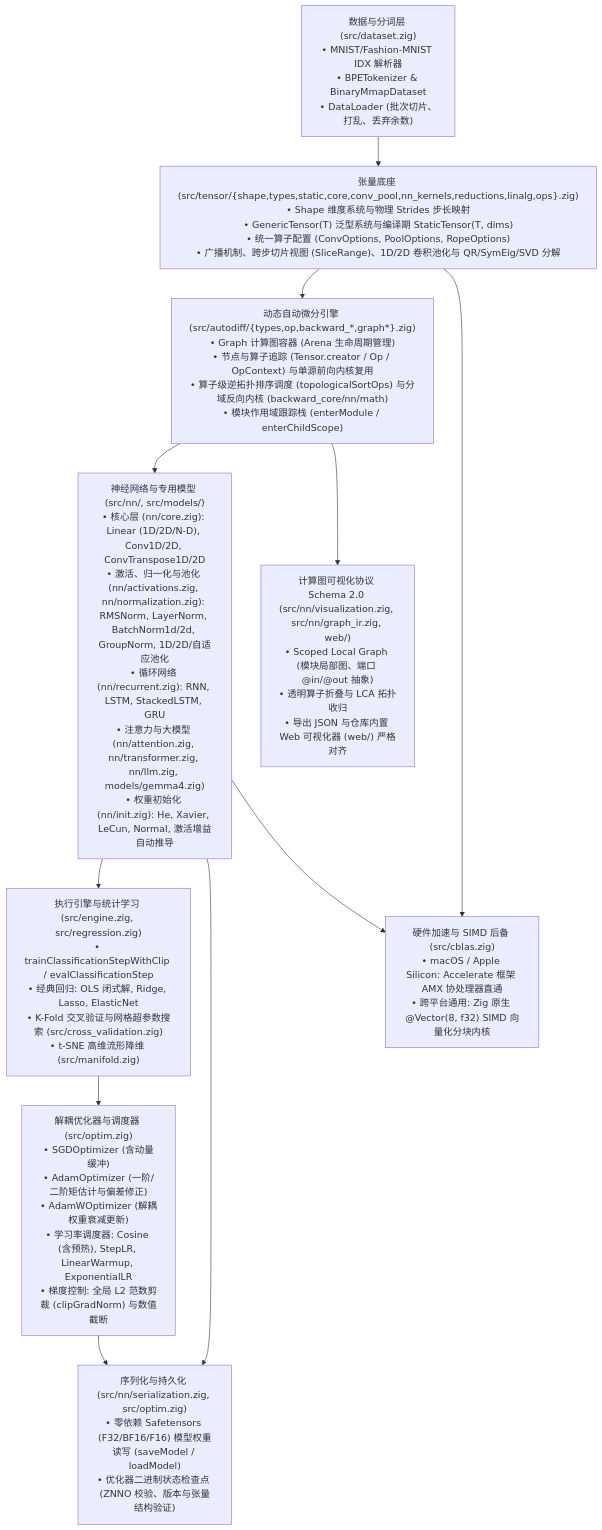
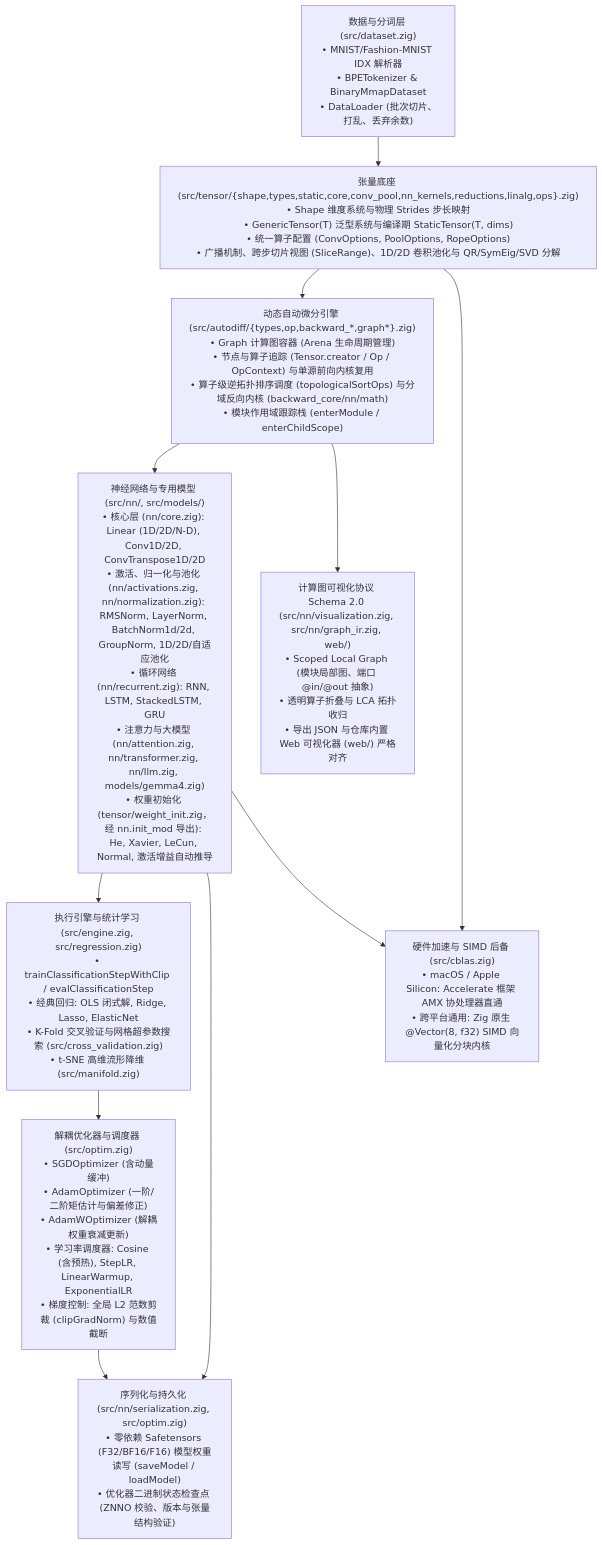
The first of 3 diagrams in doc/architecture.md (chen-gz/znn), drawn with Mermaid before and after one commit. The commit also changed other lines of this file and 39 other files, not shown here.

````diff
--- a/doc/architecture.md
+++ b/doc/architecture.md
@@ -74,31 +75,31 @@
 ```mermaid
 flowchart TD
     Dataset["数据与分词层 (src/dataset.zig)\n• MNIST/Fashion-MNIST IDX 解析器\n• BPETokenizer & BinaryMmapDataset\n• DataLoader (批次切片、打乱、丢弃余数)"]
     
     TensorCore["张量底座 (src/tensor/{shape,types,static,core,conv_pool,nn_kernels,reductions,linalg,ops}.zig)\n• Shape 维度系统与物理 Strides 步长映射\n• GenericTensor(T) 泛型系统与编译期 StaticTensor(T, dims)\n• 统一算子配置 (ConvOptions, PoolOptions, RopeOptions)\n• 广播机制、跨步切片视图 (SliceRange)、1D/2D 卷积池化与 QR/SymEig/SVD 分解"]
     
     Autodiff["动态自动微分引擎 (src/autodiff/{types,op,backward_*,graph*}.zig)\n• Graph 计算图容器 (Arena 生命周期管理)\n• 节点与算子追踪 (Tensor.creator / Op / OpContext) 与单源前向内核复用\n• 算子级逆拓扑排序调度 (topologicalSortOps) 与分域反向内核 (backward_core/nn/math)\n• 模块作用域跟踪栈 (enterModule / enterChildScope)"]
     
-    NNModules["神经网络与专用模型 (src/nn/, src/models/)\n• 核心层 (nn/core.zig): Linear (1D/2D/N-D), Conv1D/2D, ConvTranspose1D/2D\n• 激活、归一化与池化 (nn/activations.zig, nn/normalization.zig): RMSNorm, LayerNorm, BatchNorm1d/2d, GroupNorm, 1D/2D/自适应池化\n• 循环网络 (nn/recurrent.zig): RNN, LSTM, StackedLSTM, GRU\n• 注意力与大模型 (nn/attention.zig, nn/transformer.zig, nn/llm.zig, models/gemma4.zig)\n• 权重初始化 (nn/init.zig): He, Xavier, LeCun, Normal, 激活增益自动推导"]
+    NNModules["神经网络与专用模型 (src/nn/, src/models/)\n• 核心层 (nn/core.zig): Linear (1D/2D/N-D), Conv1D/2D, ConvTranspose1D/2D\n• 激活、归一化与池化 (nn/activations.zig, nn/normalization.zig): RMSNorm, LayerNorm, BatchNorm1d/2d, GroupNorm, 1D/2D/自适应池化\n• 循环网络 (nn/recurrent.zig): RNN, LSTM, StackedLSTM, GRU\n• 注意力与大模型 (nn/attention.zig, nn/transformer.zig, nn/llm.zig, models/gemma4.zig)\n• 权重初始化 (tensor/weight_init.zig，经 nn.init_mod 导出): He, Xavier, LeCun, Normal, 激活增益自动推导"]
     
     Engine["执行引擎与统计学习 (src/engine.zig, src/regression.zig)\n• trainClassificationStepWithClip / evalClassificationStep\n• 经典回归: OLS 闭式解, Ridge, Lasso, ElasticNet\n• K-Fold 交叉验证与网格超参数搜索 (src/cross_validation.zig)\n• t-SNE 高维流形降维 (src/manifold.zig)"]
     
     Optimizers["解耦优化器与调度器 (src/optim.zig)\n• SGDOptimizer (含动量缓冲)\n• AdamOptimizer (一阶/二阶矩估计与偏差修正)\n• AdamWOptimizer (解耦权重衰减更新)\n• 学习率调度器: Cosine (含预热), StepLR, LinearWarmup, ExponentialLR\n• 梯度控制: 全局 L2 范数剪裁 (clipGradNorm) 与数值截断"]
     
     Persistence["序列化与持久化 (src/nn/serialization.zig, src/optim.zig)\n• 零依赖 Safetensors (F32/BF16/F16) 模型权重读写 (saveModel / loadModel)\n• 优化器二进制状态检查点 (ZNNO 校验、版本与张量结构验证)"]
     
     Visualization["计算图可视化协议 Schema 2.0 (src/nn/visualization.zig, src/nn/graph_ir.zig, web/)\n• Scoped Local Graph (模块局部图、端口 @in/@out 抽象)\n• 透明算子折叠与 LCA 拓扑收归\n• 导出 JSON 与仓库内置 Web 可视化器 (web/) 严格对齐"]
     
     Hardware["硬件加速与 SIMD 后备 (src/cblas.zig)\n• macOS / Apple Silicon: Accelerate 框架 AMX 协处理器直通\n• 跨平台通用: Zig 原生 @Vector(8, f32) SIMD 向量化分块内核"]
 
     Dataset --> TensorCore
     TensorCore --> Autodiff
     Autodiff --> NNModules
     NNModules --> Engine
     Engine --> Optimizers
     NNModules --> Persistence
     Optimizers --> Persistence
     Autodiff --> Visualization
     TensorCore --> Hardware
     NNModules --> Hardware
 ```
````
